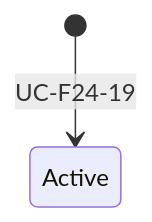
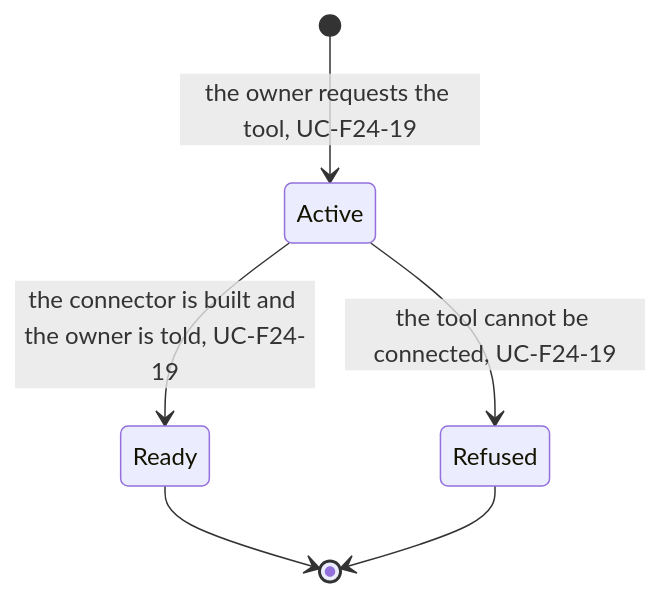
Before and after one commit to gpbcom/SimpleERP: the second of 2 diagrams in docs/specs/02-functional/f24-integrations-hub/data/e-f24-16-connector-request.md, drawn with Mermaid. The commit also changed other lines of this file and 8816 other files, not shown here.

````diff
--- a/docs/specs/02-functional/f24-integrations-hub/data/e-f24-16-connector-request.md
+++ b/docs/specs/02-functional/f24-integrations-hub/data/e-f24-16-connector-request.md
@@ -25,4 +52,8 @@
 ```mermaid
 stateDiagram-v2
-  [*] --> Active : UC-F24-19
+  [*] --> Active : the owner requests the tool, UC-F24-19
+  Active --> Ready : the connector is built and the owner is told, UC-F24-19
+  Active --> Refused : the tool cannot be connected, UC-F24-19
+  Ready --> [*]
+  Refused --> [*]
 ```
````
